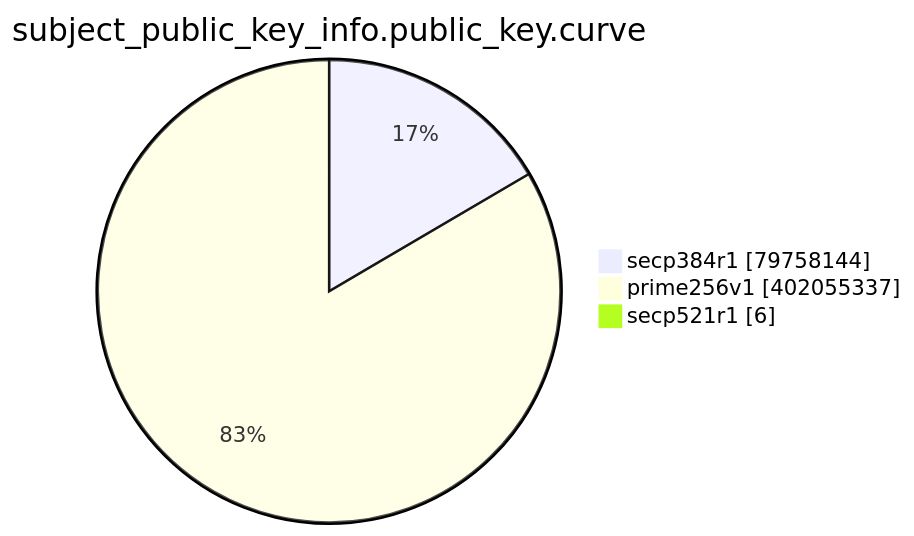
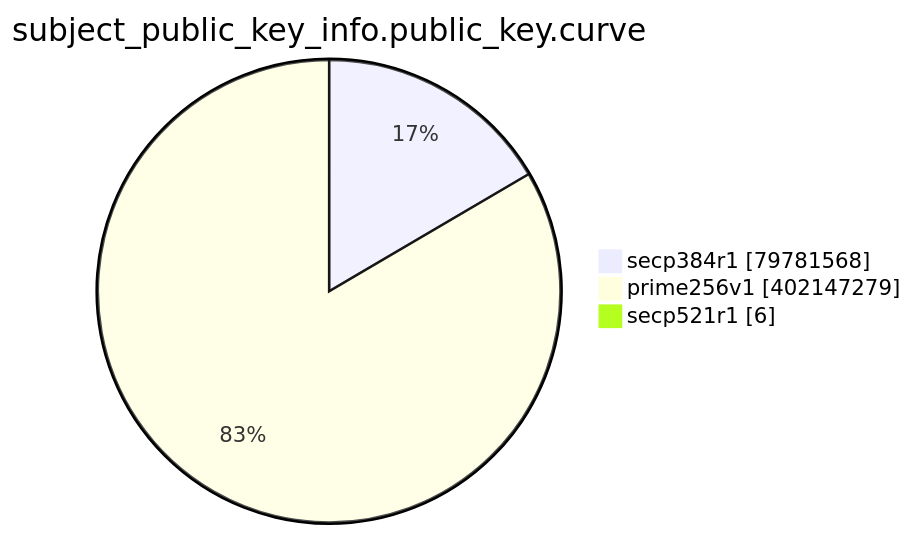
One commit to christiankrug/ctmonitor_visualization changed the eighth of 15 diagrams in TOTAL/README.md. Above: the diagram before and after it, drawn with Mermaid. The commit also changed other lines of this file, not shown here.

````diff
--- a/TOTAL/README.md
+++ b/TOTAL/README.md
@@ -3095,7 +3095,7 @@
 ```mermaid
 pie showData
 title subject_public_key_info.public_key.curve
-"secp384r1" :79758144
-"prime256v1" :402055337
+"secp384r1" :79781568
+"prime256v1" :402147279
 "secp521r1" :6
 ```
````
